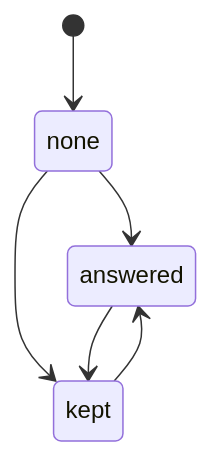
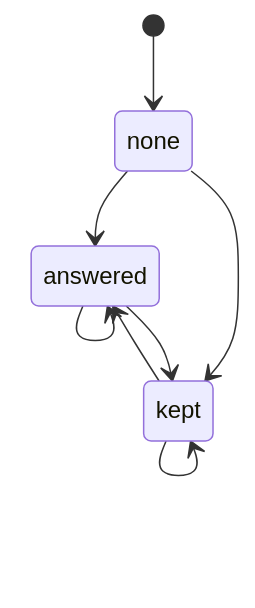
The second of 2 diagrams in internal/notes/flows/holes.md (ogygiajs/ogygia), drawn with Mermaid before and after one commit. The commit also changed other lines of this file, not shown here.

Commit message:
docs(notes): the holes flow after #680 and #681: every answer is a move, a re-mint leaves the old fetch, and the #677 rough edge is gone

````diff
--- a/internal/notes/flows/holes.md
+++ b/internal/notes/flows/holes.md
@@ -75,8 +75,10 @@
 ```mermaid
 stateDiagram-v2
     [*] --> none
     none --> answered
     none --> kept
+    answered --> answered
     answered --> kept
     kept --> answered
+    kept --> kept
 ```
````
